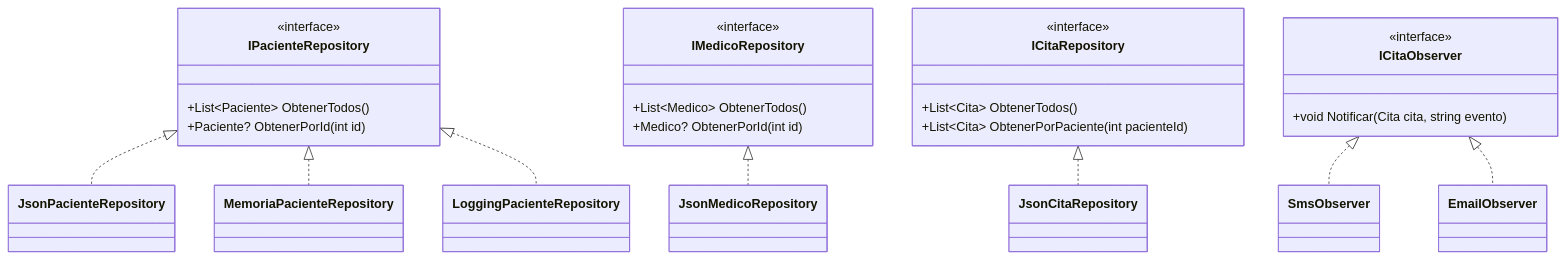
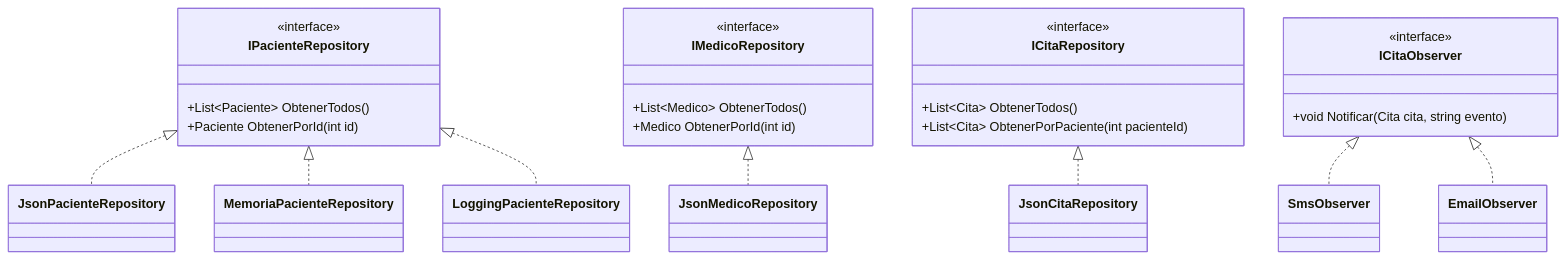
One commit to Cab5ter/ArqSoft-S05-LeonardoB changed the fifth of 8 diagrams in docs/DIAGRAMAS.md. Above: the diagram before and after it, drawn with Mermaid. The commit also changed other lines of this file and 1 other file, not shown here.

Commit message:
UPDATE docs/DIAGRAMAS.md: restructure diagrams around the C4 model (Context/Container/Component/Code)

````diff
--- a/docs/DIAGRAMAS.md
+++ b/docs/DIAGRAMAS.md
@@ -138,38 +215,38 @@
 ```mermaid
 classDiagram
     class IPacienteRepository {
         <<interface>>
         +List~Paciente~ ObtenerTodos()
-        +Paciente? ObtenerPorId(int id)
+        +Paciente ObtenerPorId(int id)
     }
     class IMedicoRepository {
         <<interface>>
         +List~Medico~ ObtenerTodos()
-        +Medico? ObtenerPorId(int id)
+        +Medico ObtenerPorId(int id)
     }
     class ICitaRepository {
         <<interface>>
         +List~Cita~ ObtenerTodos()
         +List~Cita~ ObtenerPorPaciente(int pacienteId)
     }
     class ICitaObserver {
         <<interface>>
         +void Notificar(Cita cita, string evento)
     }
 
     class JsonPacienteRepository
     class JsonMedicoRepository
     class JsonCitaRepository
     class MemoriaPacienteRepository
     class LoggingPacienteRepository
     class SmsObserver
     class EmailObserver
 
     IPacienteRepository <|.. JsonPacienteRepository
     IPacienteRepository <|.. MemoriaPacienteRepository
     IPacienteRepository <|.. LoggingPacienteRepository
     IMedicoRepository <|.. JsonMedicoRepository
     ICitaRepository <|.. JsonCitaRepository
     ICitaObserver <|.. SmsObserver
     ICitaObserver <|.. EmailObserver
 ```
````
